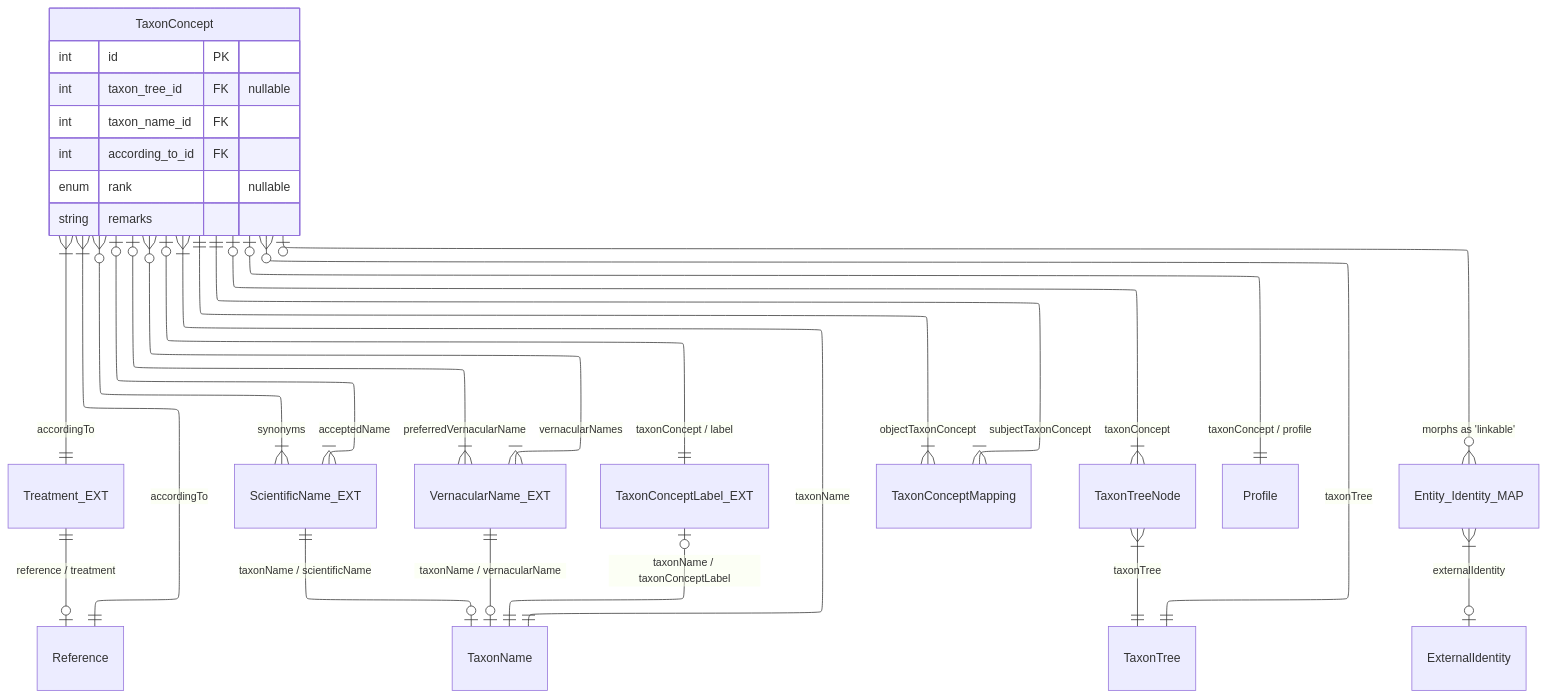
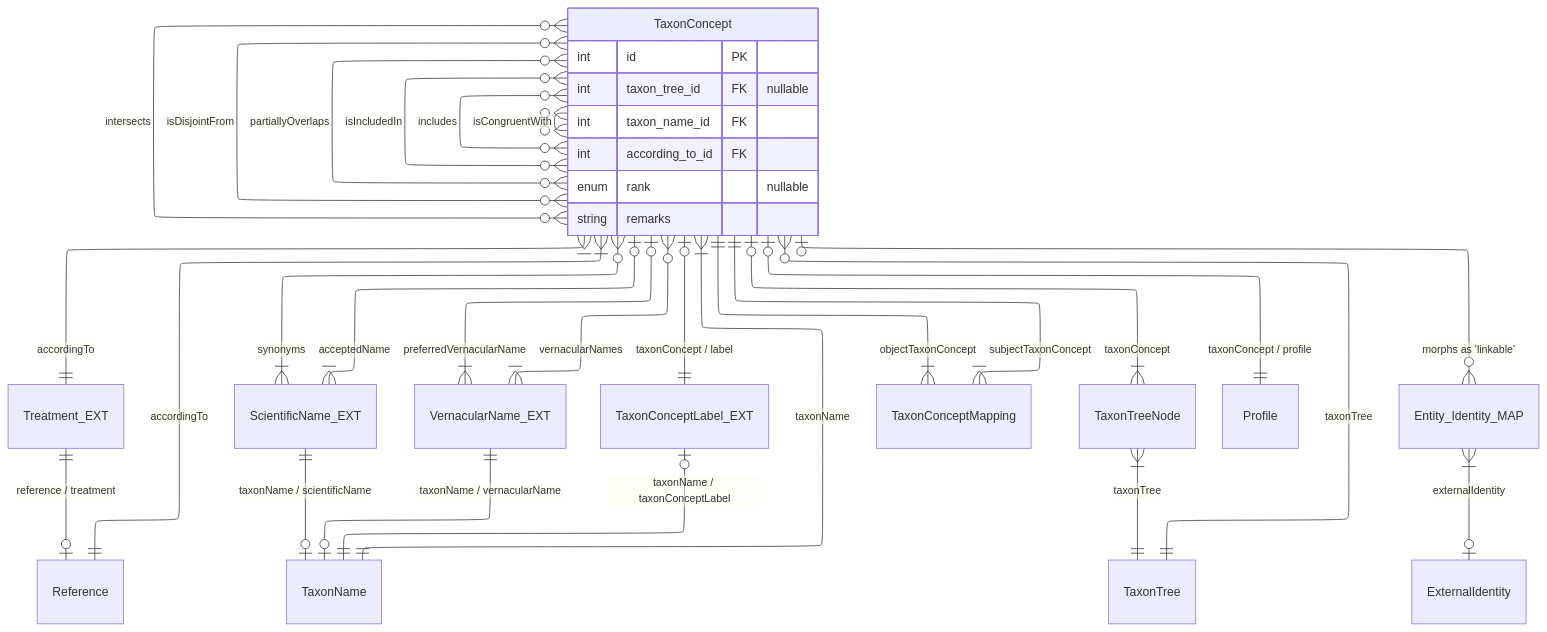
Before and after one commit to vicflora/vicflora-docs: the diagram in source/_mermaid/layer-1a-concept.mmd, drawn with Mermaid.

Commit message:
Commit uncommitted  changes before deployment

```diff
--- a/source/_mermaid/layer-1a-concept.mmd
+++ b/source/_mermaid/layer-1a-concept.mmd
@@ -1,39 +1,46 @@
 ---
 config:
     layout: elk
 ---
 erDiagram
   TaxonConcept }|--|| Reference : "accordingTo"
   TaxonConcept }|--|| Treatment_EXT : "accordingTo"
   Treatment_EXT ||--o| Reference : "reference / treatment"
 
   TaxonConcept }|--|| TaxonName : "taxonName"
   TaxonConcept |o--|{ ScientificName_EXT : "acceptedName"
   TaxonConcept }o--|{ ScientificName_EXT : "synonyms"
   ScientificName_EXT ||--o| TaxonName : "taxonName / scientificName"
   TaxonConcept }o--|{ VernacularName_EXT : "vernacularNames"
   TaxonConcept |o--|{ VernacularName_EXT : "preferredVernacularName"
   VernacularName_EXT ||--o| TaxonName : "taxonName / vernacularName"
   TaxonConcept |o--|| TaxonConceptLabel_EXT : "taxonConcept / label"
   TaxonConceptLabel_EXT |o--|| TaxonName : "taxonName / taxonConceptLabel" 
+
+  TaxonConcept }o--o{ TaxonConcept: "isCongruentWith"
+  TaxonConcept }o--o{ TaxonConcept: "includes"
+  TaxonConcept }o--o{ TaxonConcept: "isIncludedIn"
+  TaxonConcept }o--o{ TaxonConcept: "partiallyOverlaps"
+  TaxonConcept }o--o{ TaxonConcept: "isDisjointFrom"
+  TaxonConcept }o--o{ TaxonConcept: "intersects"
 
   TaxonConcept ||--|{ TaxonConceptMapping : "subjectTaxonConcept"
   TaxonConcept ||--|{ TaxonConceptMapping : "objectTaxonConcept"
 
   TaxonConcept }o--|| TaxonTree : "taxonTree"
   TaxonConcept |o--|{ TaxonTreeNode : "taxonConcept"
   TaxonTreeNode }|--|| TaxonTree : "taxonTree"
 
   TaxonConcept |o--|| Profile : "taxonConcept / profile"
 
   TaxonConcept |o--o{ Entity_Identity_MAP : "morphs as 'linkable'"
   Entity_Identity_MAP }|--o| ExternalIdentity : "externalIdentity"
 
   TaxonConcept {
     int id PK
     int taxon_tree_id FK "nullable"
     int taxon_name_id FK 
     int according_to_id FK 
     enum rank "nullable"
     string remarks
   }
```
